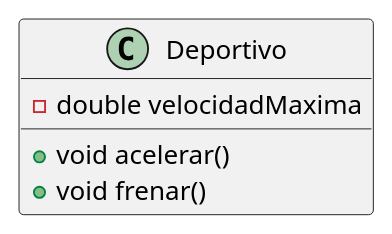
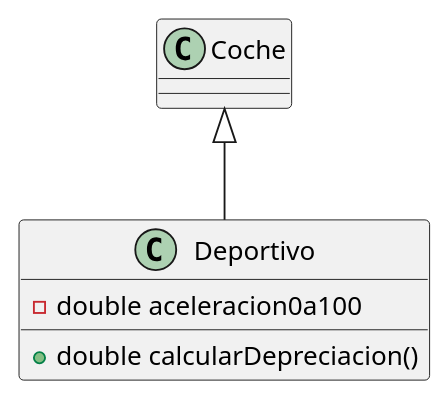
The diagram in uml/Deportivo.puml (MsC254/UT5_ED_Prog), drawn with PlantUML before and after one commit. The commit also changed 12 other files, not shown here.

Commit message:
Actualización de diagramas UML y archivos .puml

```diff
--- a/uml/Deportivo.puml
+++ b/uml/Deportivo.puml
@@ -1,8 +1,8 @@
 @startuml
-class Deportivo {
-  - double velocidadMaxima
 
-  + void acelerar()
-  + void frenar()
+class Deportivo extends Coche {
+    - double aceleracion0a100
+    + double calcularDepreciacion()
 }
+
 @enduml
```
